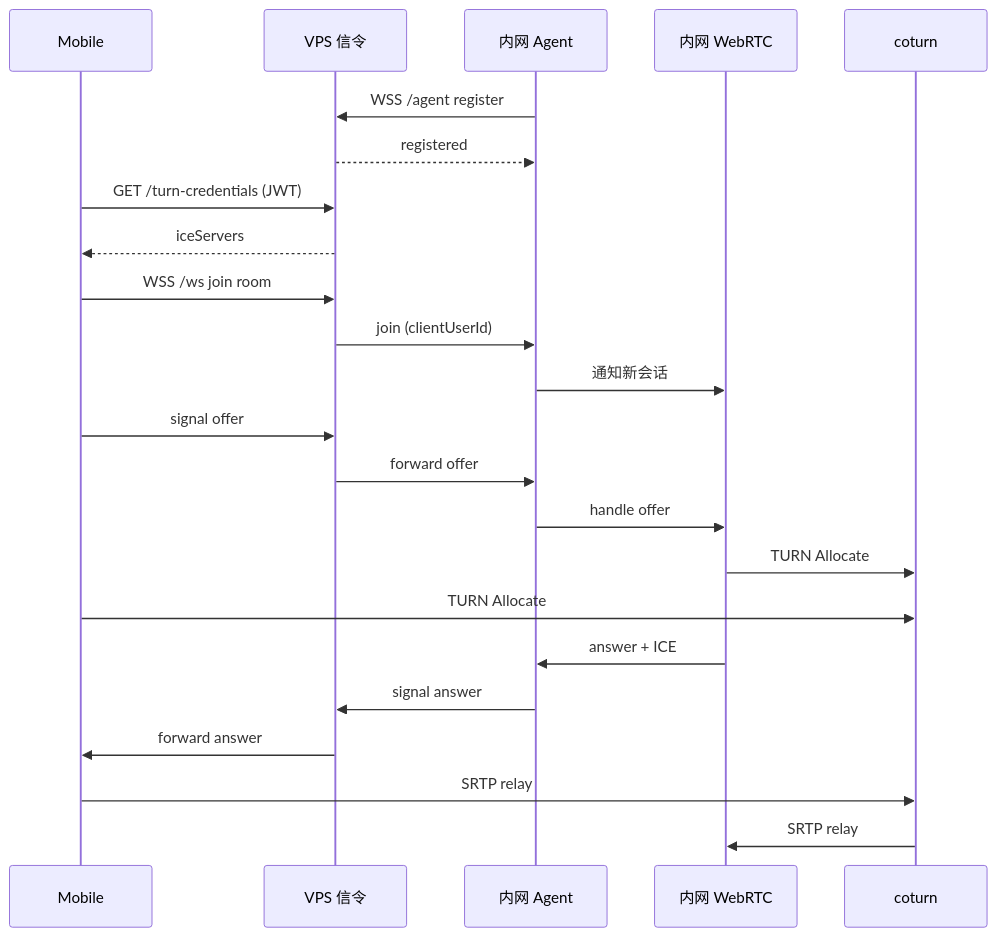
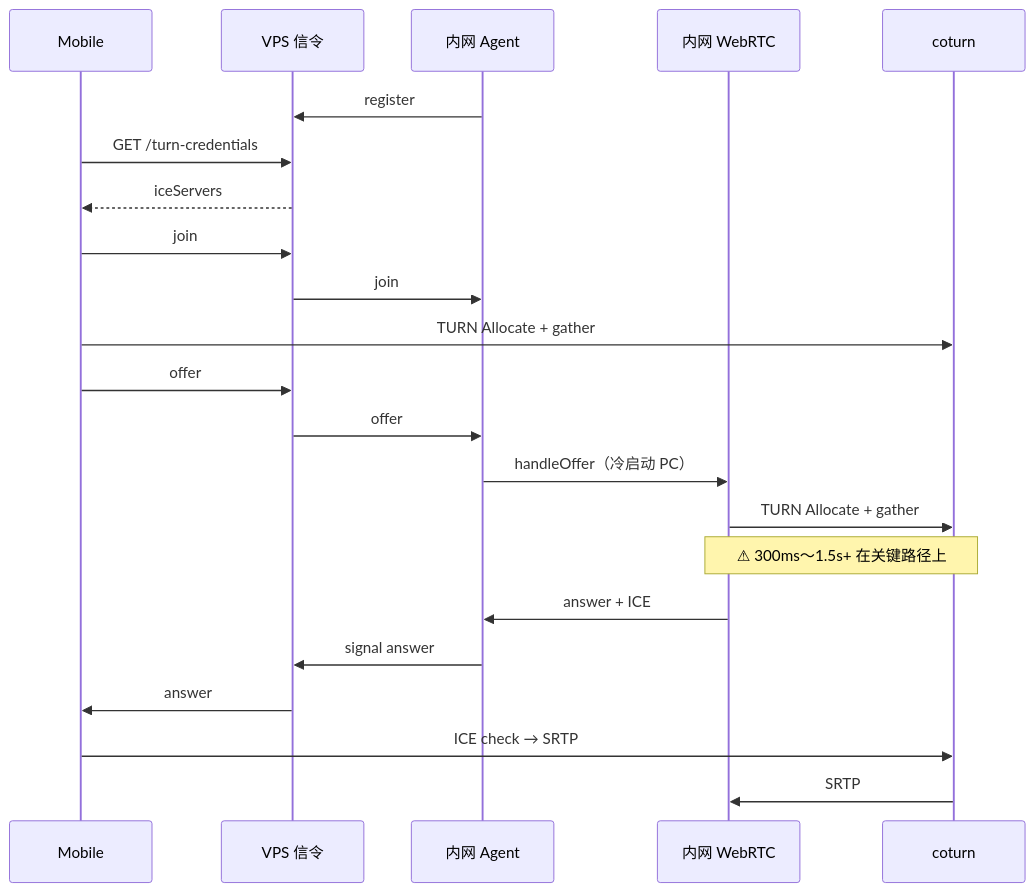
Before and after one commit to zyjiang08/coturn-4.13.0: the seventh of 8 diagrams in docs/design/turn-rest-api-signaling.md, drawn with Mermaid. The commit also changed other lines of this file, not shown here.

First line of the commit message:
Document Mode A fast connect with server-side ICE pre-warming.

````diff
--- a/docs/design/turn-rest-api-signaling.md
+++ b/docs/design/turn-rest-api-signaling.md
@@ -2927,31 +3263,25 @@
 ```mermaid
 sequenceDiagram
     participant M as Mobile
     participant V as VPS 信令
     participant A as 内网 Agent
     participant S as 内网 WebRTC
     participant T as coturn
 
-    A->>V: WSS /agent register
-    V-->>A: registered
-
-    M->>V: GET /turn-credentials (JWT)
+    A->>V: register
+    M->>V: GET /turn-credentials
     V-->>M: iceServers
-
-    M->>V: WSS /ws join room
-    V->>A: join (clientUserId)
-    A->>S: 通知新会话
-
-    M->>V: signal offer
-    V->>A: forward offer
-    A->>S: handle offer
-    S->>T: TURN Allocate
-    M->>T: TURN Allocate
-
+    M->>V: join
+    V->>A: join
+    M->>T: TURN Allocate + gather
+    M->>V: offer
+    V->>A: offer
+    A->>S: handleOffer（冷启动 PC）
+    S->>T: TURN Allocate + gather
+    Note over S,T: ⚠ 300ms～1.5s+ 在关键路径上
     S->>A: answer + ICE
     A->>V: signal answer
-    V->>M: forward answer
-
-    M->>T: SRTP relay
-    T->>S: SRTP relay
+    V->>M: answer
+    M->>T: ICE check → SRTP
+    T->>S: SRTP
 ```
````
